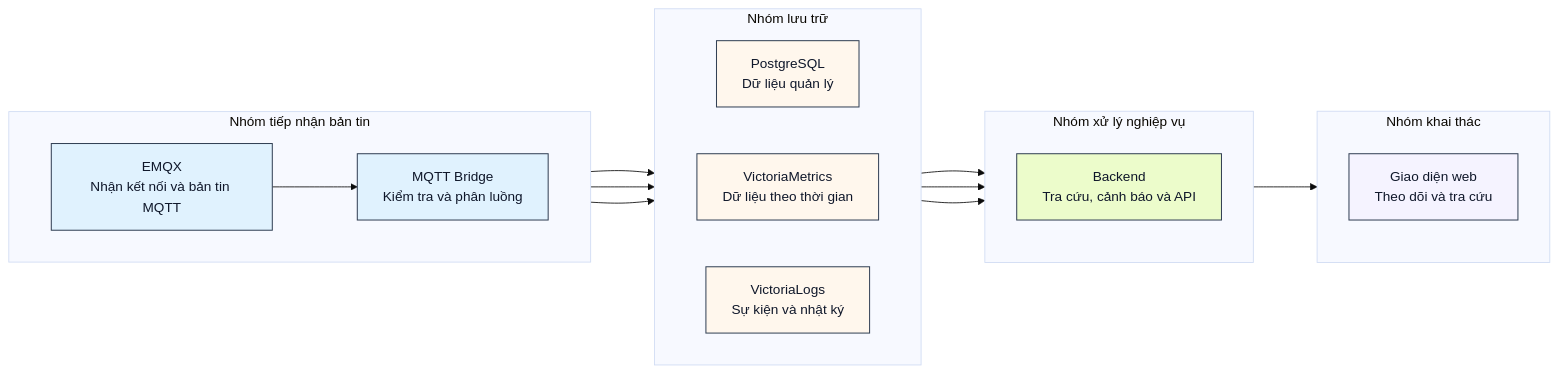
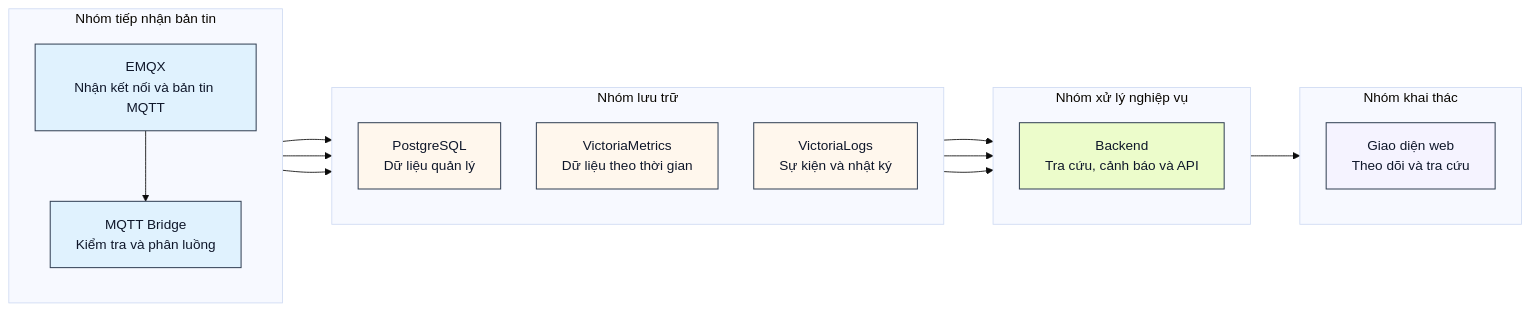
One commit to anmh1205/IoT_Vehicle_Tracking_System changed the diagram in resources/reports/thesis/final/assets/uml/09-chuong-4-trien-khai-cloud-hinh-4-16.mmd. Above: the diagram before and after it, drawn with Mermaid. The commit also changed 88 other files, not shown here.

```diff
--- a/resources/reports/thesis/final/assets/uml/09-chuong-4-trien-khai-cloud-hinh-4-16.mmd
+++ b/resources/reports/thesis/final/assets/uml/09-chuong-4-trien-khai-cloud-hinh-4-16.mmd
@@ -1,54 +1,64 @@
 ---
 config:
   theme: base
   look: classic
   fontFamily: Noto Sans, Segoe UI, Arial, sans-serif
   flowchart:
     htmlLabels: true
-    nodeSpacing: 55
-    rankSpacing: 75
+    nodeSpacing: 42
+    rankSpacing: 58
+  themeCSS: |
+    .cluster rect {
+      fill: #ffffff !important;
+      stroke: #cbd5e1 !important;
+      stroke-width: 1px !important;
+    }
+    .cluster text,
+    .cluster tspan {
+      fill: #475569 !important;
+    }
 ---
 flowchart LR
     subgraph A["Nhóm tiếp nhận bản tin"]
-        direction LR
+        direction TB
         EMQX["EMQX<br/>Nhận kết nối và bản tin MQTT"]
         Bridge["MQTT Bridge<br/>Kiểm tra và phân luồng"]
         EMQX --> Bridge
     end
 
     subgraph B["Nhóm lưu trữ"]
-        direction LR
+        direction TB
         PostgreSQLNode["PostgreSQL<br/>Dữ liệu quản lý"]
         VictoriaMetricsNode["VictoriaMetrics<br/>Dữ liệu theo thời gian"]
         VictoriaLogsNode["VictoriaLogs<br/>Sự kiện và nhật ký"]
     end
 
     subgraph C["Nhóm xử lý nghiệp vụ"]
         direction TB
         Backend["Backend<br/>Tra cứu, cảnh báo và API"]
     end
 
     subgraph D["Nhóm khai thác"]
         direction TB
         Frontend["Giao diện web<br/>Theo dõi và tra cứu"]
     end
 
     Bridge --> PostgreSQLNode
     Bridge --> VictoriaMetricsNode
     Bridge --> VictoriaLogsNode
 
     PostgreSQLNode --> Backend
     VictoriaMetricsNode --> Backend
     VictoriaLogsNode --> Backend
 
     Backend --> Frontend
 
     classDef intake fill:#e0f2fe,stroke:#334155,color:#0f172a,stroke-width:1.2px;
     classDef storage fill:#fff7ed,stroke:#334155,color:#0f172a,stroke-width:1.2px;
     classDef process fill:#ecfccb,stroke:#334155,color:#0f172a,stroke-width:1.2px;
     classDef output fill:#f5f3ff,stroke:#334155,color:#0f172a,stroke-width:1.2px;
 
     class EMQX,Bridge intake;
     class PostgreSQLNode,VictoriaMetricsNode,VictoriaLogsNode storage;
     class Backend process;
     class Frontend output;
```
